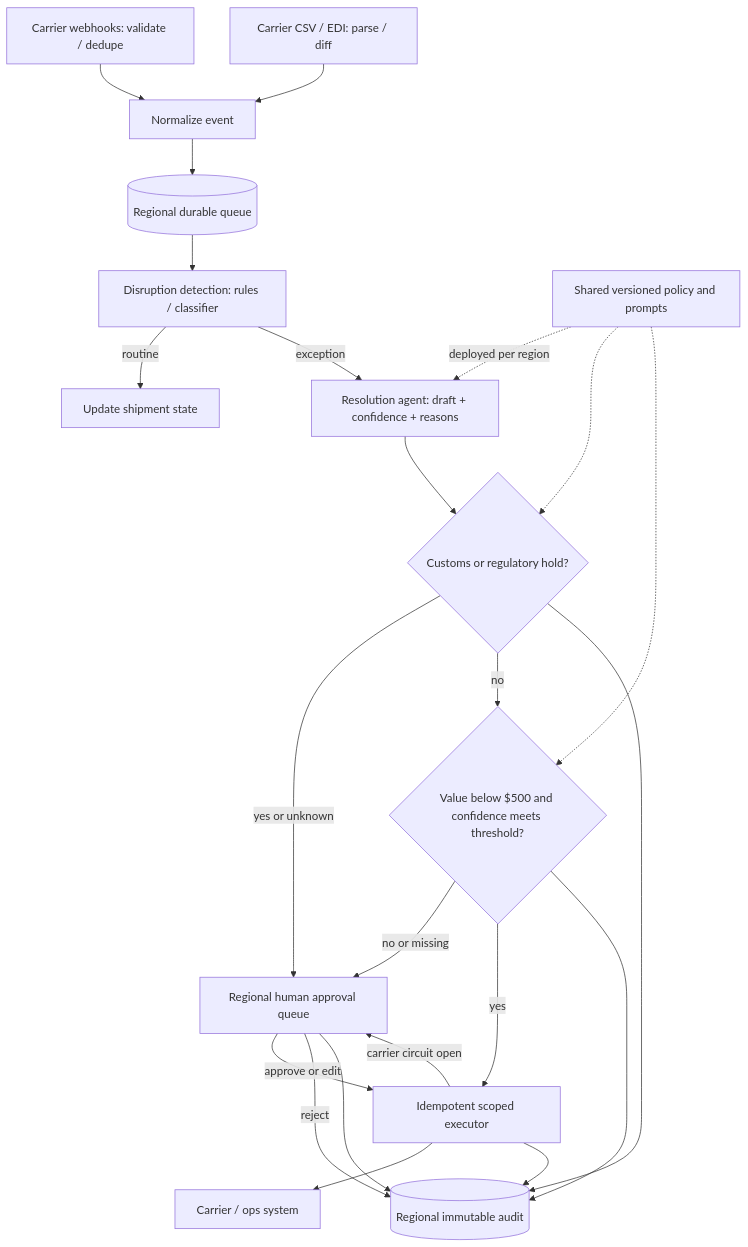
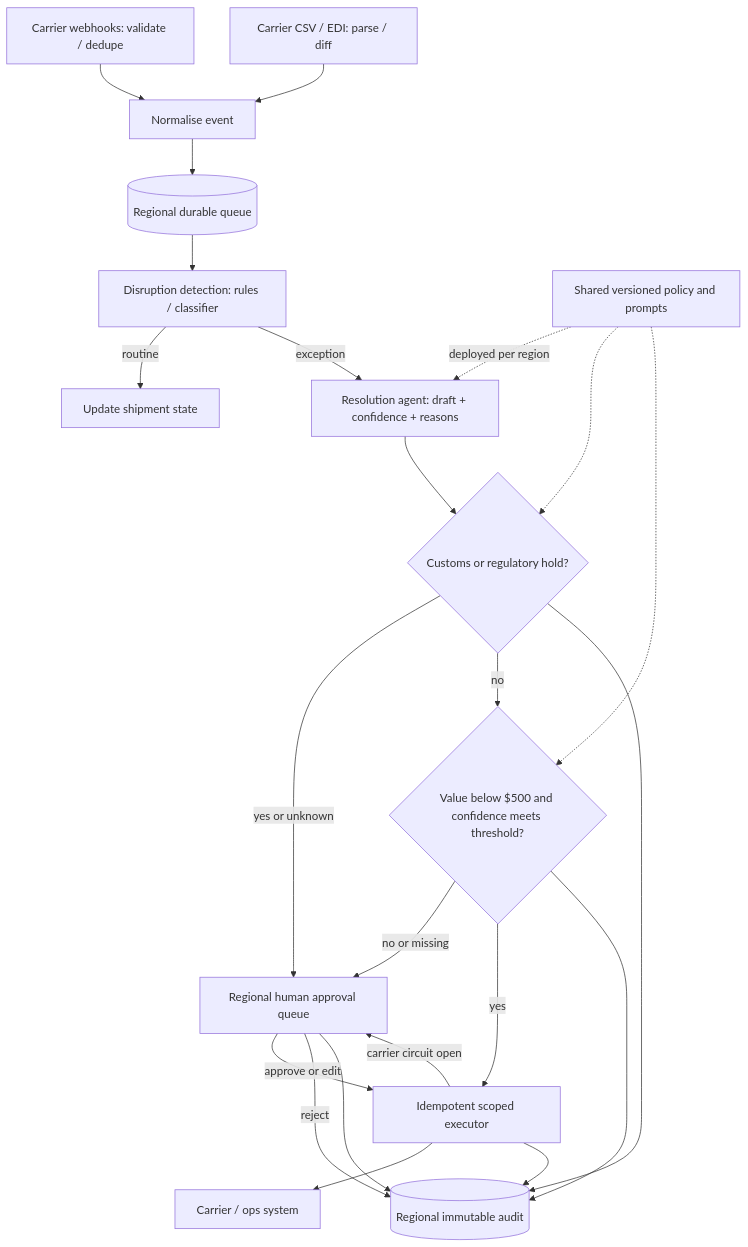
One commit to Sourav692/Forward-Deployed-Engineer-Interview-Prep changed the diagram in site/content/modules/15-fde-case-studies/agents-that-act/logistics-exception-handling/main.md. Above: the diagram before and after it, drawn with Mermaid. The commit also changed 191 other files, not shown here.

First line of the commit message:
content: British spellings inside diagrams (AF-06)

````diff
--- a/site/content/modules/15-fde-case-studies/agents-that-act/logistics-exception-handling/main.md
+++ b/site/content/modules/15-fde-case-studies/agents-that-act/logistics-exception-handling/main.md
@@ -78,25 +78,25 @@
 ```mermaid
 flowchart TB
-  W[Carrier webhooks: validate / dedupe] --> N[Normalize event]
+  W[Carrier webhooks: validate / dedupe] --> N[Normalise event]
   B[Carrier CSV / EDI: parse / diff] --> N
   N --> Q[(Regional durable queue)]
   Q --> D[Disruption detection: rules / classifier]
   D -->|routine| S[Update shipment state]
   D -->|exception| A[Resolution agent: draft + confidence + reasons]
   A --> C{Customs or regulatory hold?}
   C -->|yes or unknown| H[Regional human approval queue]
   C -->|no| V{Value below $500 and confidence meets threshold?}
   V -->|no or missing| H
   V -->|yes| E[Idempotent scoped executor]
   H -->|approve or edit| E
   H -->|reject| L[(Regional immutable audit)]
   E -->|carrier circuit open| H
   E --> X[Carrier / ops system]
   C --> L
   V --> L
   H --> L
   E --> L
   P[Shared versioned policy and prompts] -. deployed per region .-> A
   P -.-> C
   P -.-> V
 ```
````
